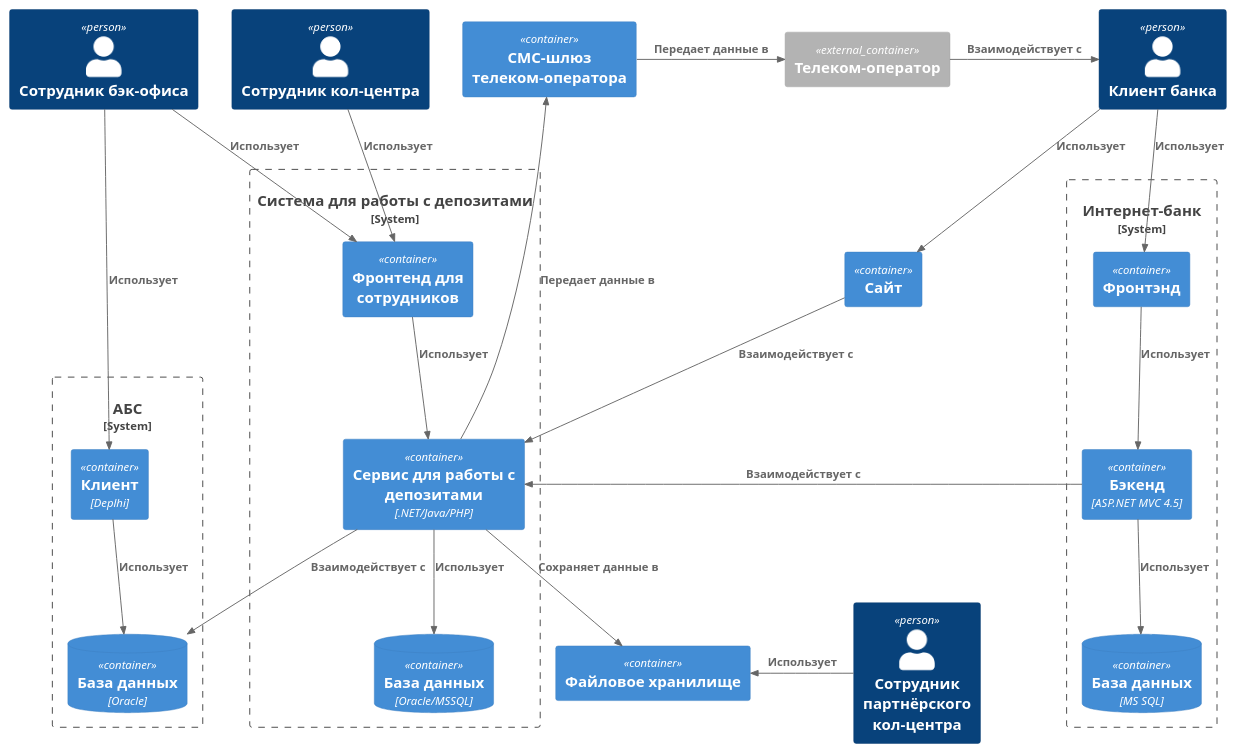
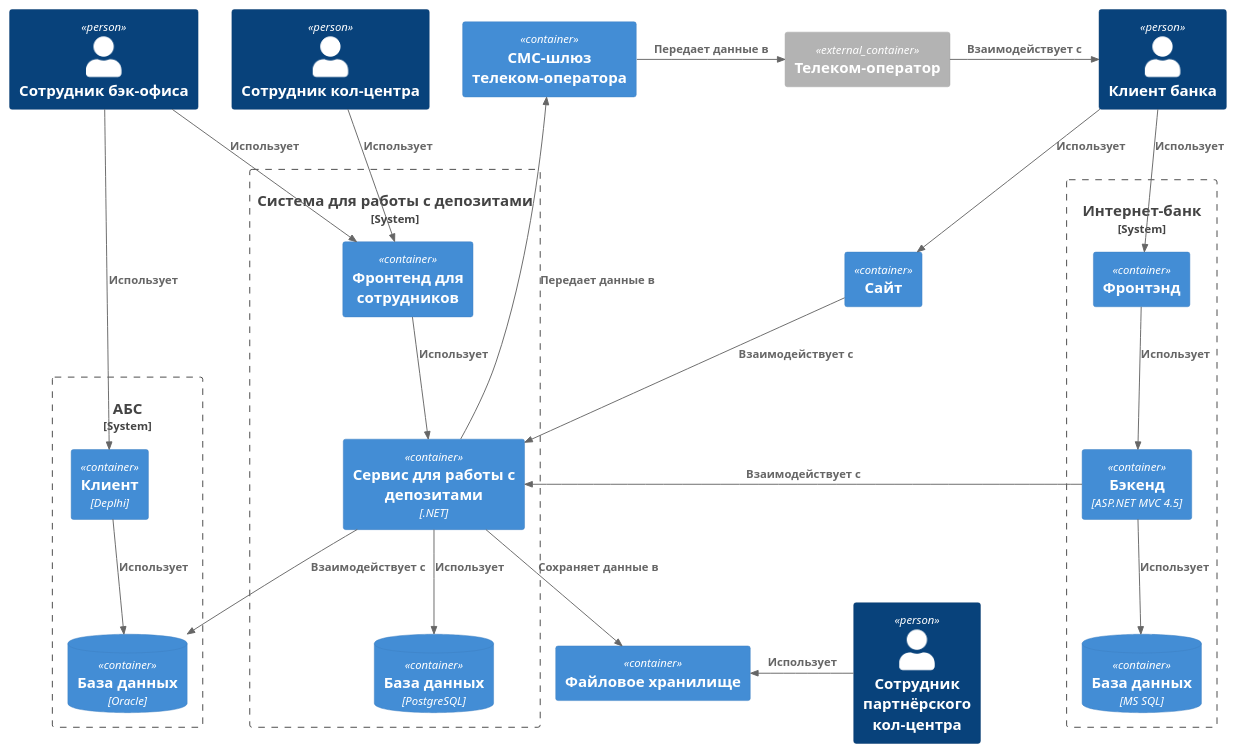
Before and after one commit to vsevolod-nikitin/yandex-practicum-architecture-pro-standart: the diagram in Task4/Containers.puml, drawn with PlantUML. The commit also changed 3 other files, not shown here.

Commit message:
Обновление схем заданий 3, 4

```diff
--- a/Task4/Containers.puml
+++ b/Task4/Containers.puml
@@ -1,60 +1,60 @@
 @startuml Containers
 !include https://raw.githubusercontent.com/plantuml-stdlib/C4-PlantUML/master/C4_Container.puml
 
 Person(client, "Клиент банка")
 Person(backEmployee, "Сотрудник бэк-офиса")
 Person(callerEmployee, "Сотрудник кол-центра")
 Person(externalPartnerEmployee, "Сотрудник партнёрского кол-центра")
 
 Container(website, "Сайт")
 
 System_Boundary(internetBankSystem, "Интернет-банк"){
     Container(internetBankFrontend, "Фронтэнд")
     Container(internetBank, "Бэкенд", "ASP.NET MVC 4.5")
     ContainerDb(internetBankDb, "База данных", "MS SQL")
 }
 
 System_Boundary(absSystem, "АБС"){
     Container(abs, "Клиент", "Deplhi")
     ContainerDb(absDb, "База данных", "Oracle")
 }
 
 System_Boundary(depositSystem, "Система для работы с депозитами"){
     Container(depositServiceFrontend, "Фронтенд для сотрудников")
-    Container(depositService, "Сервис для работы с депозитами", ".NET/Java/PHP")
-    ContainerDb(depositServiceDb, "База данных", "Oracle/MSSQL")
+    Container(depositService, "Сервис для работы с депозитами", ".NET")
+    ContainerDb(depositServiceDb, "База данных", "PostgreSQL")
 }
 
 Container(smsGateway, "СМС-шлюз телеком-оператора")
 Container(fileArchive, "Файловое хранилище")
 
 Container_Ext(telecomOperator, "Телеком-оператор")
 
 Rel(client, internetBankFrontend, "Использует")
 Rel(client, website, "Использует")
 
 Rel(backEmployee, depositServiceFrontend, "Использует")
 Rel(backEmployee, abs, "Использует")
 Rel(callerEmployee, depositServiceFrontend, "Использует")
 
 Rel(internetBank, depositService, "Взаимодействует с")
 Rel(website, depositService, "Взаимодействует с")
 
 Rel_R(depositService, smsGateway, "Передает данные в")
 Rel(depositService, absDb, "Взаимодействует с")
 Rel(depositService, depositServiceDb, "Использует")
 Rel(depositServiceFrontend, depositService, "Использует")
 
 Rel_R(smsGateway, telecomOperator, "Передает данные в")
 Rel_R(telecomOperator, client, "Взаимодействует с")
 
 Rel(internetBankFrontend, internetBank, "Использует")
 Rel(internetBank, internetBankDb, "Использует")
 
 Rel(abs, absDb, "Использует")
 Rel_D(depositService, fileArchive, "Сохраняет данные в")
 Rel_L(externalPartnerEmployee, fileArchive, "Использует")
 
 LAYOUT_TOP_DOWN()
 
 @enduml
```
